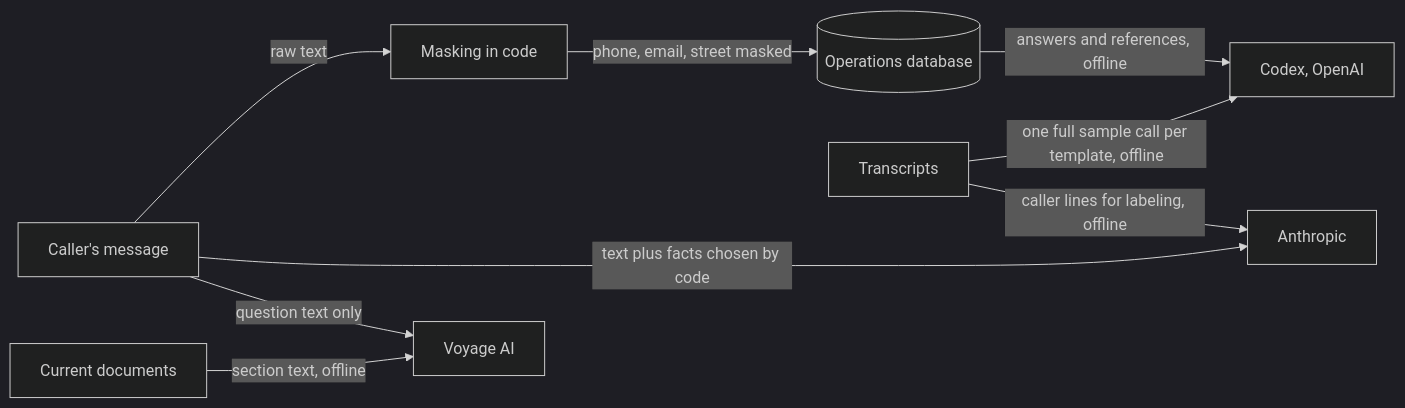
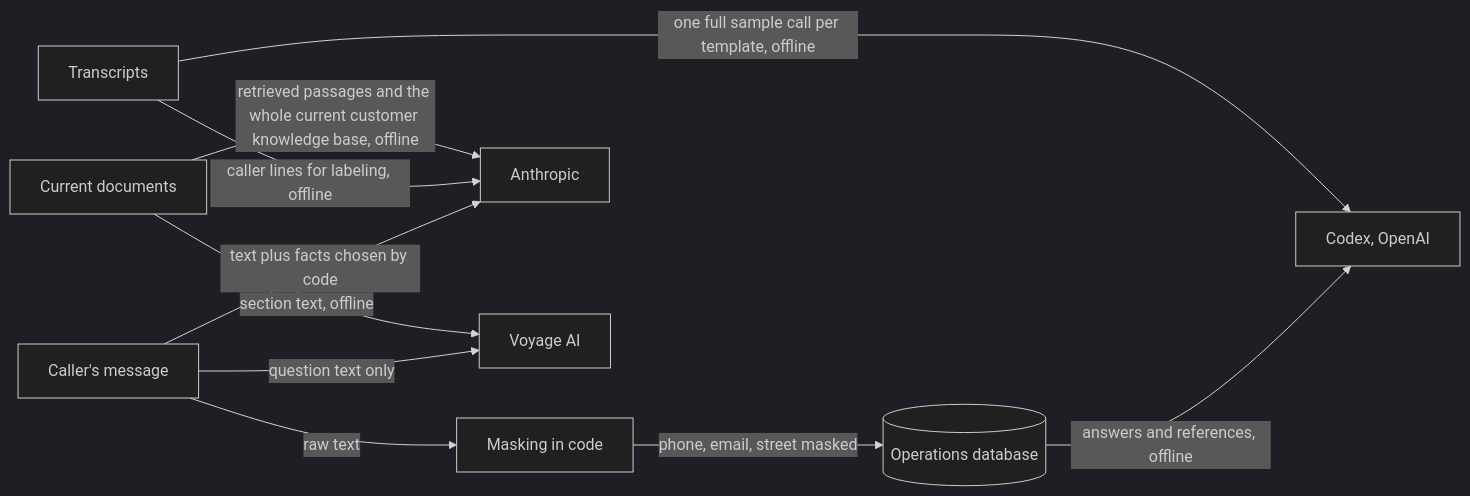
Diagram 18 of 21 in docs/ARCHITECTURE.md (lucycchi/AI_Call_Center_Agent), drawn with Mermaid (dark theme) before and after one commit. The commit also changed other lines of this file and 66 other files, not shown here.

````diff
--- a/docs/ARCHITECTURE.md
+++ b/docs/ARCHITECTURE.md
@@ -610,11 +610,12 @@
 ```mermaid
 flowchart LR
     CALLER["Caller's message"] -->|"raw text"| MASK["Masking in code"]
     MASK -->|"phone, email, street masked"| LOG[("Operations database")]
     CALLER -->|"text plus facts chosen by code"| ANT["Anthropic"]
     CALLER -->|"question text only"| VOY["Voyage AI"]
     LOG -->|"answers and references, offline"| CDX["Codex, OpenAI"]
     TR["Transcripts"] -->|"one full sample call per template, offline"| CDX
     TR -->|"caller lines for labeling, offline"| ANT
     KB["Current documents"] -->|"section text, offline"| VOY
+    KB -->|"retrieved passages and the whole current customer knowledge base, offline"| ANT
 ```
````
